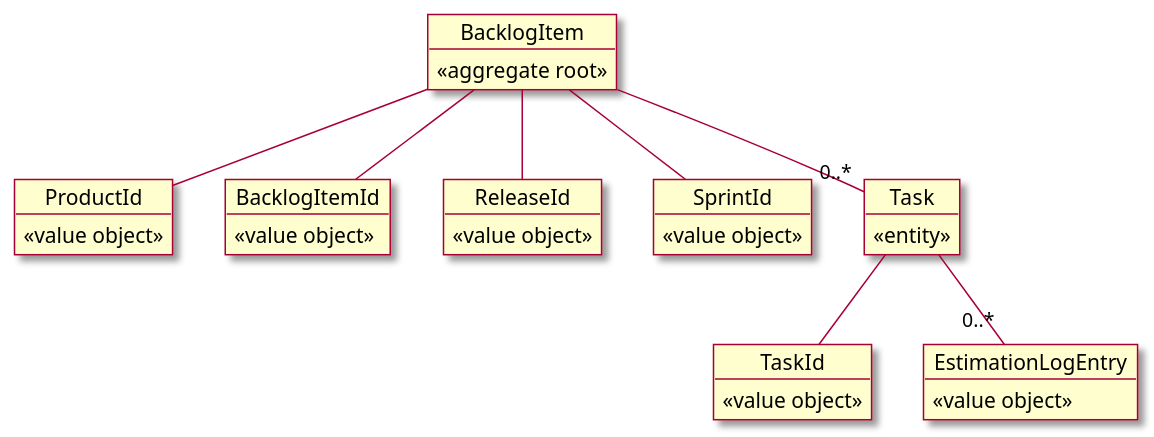
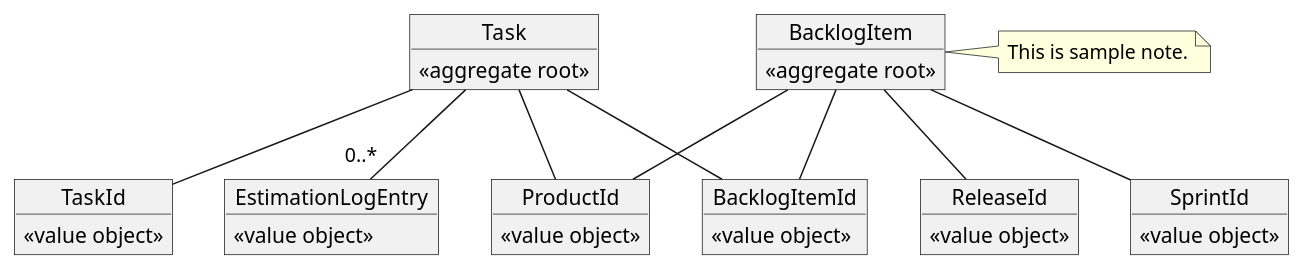
Before and after one commit to abekoh/commit-plantuml-action: the diagram in sample/backlog-item.puml, drawn with PlantUML. The commit also changed 1 other file, not shown here.

Commit message:
update backlog-item.puml and use-japanese.puml

```diff
--- a/sample/backlog-item.puml
+++ b/sample/backlog-item.puml
@@ -1,38 +1,41 @@
 @startuml
-skin rose
-
 object BacklogItem {
   <<aggregate root>>
 }
 object ProductId {
   <<value object>>
 }
 object BacklogItemId {
   <<value object>>
 }
 object ReleaseId {
   <<value object>>
 }
 object SprintId {
   <<value object>>
 }
 
 object Task {
-  <<entity>>
+  <<aggregate root>>
 }
 object TaskId {
   <<value object>>
 }
 object EstimationLogEntry {
   <<value object>>
 }
 
 BacklogItem -- BacklogItemId
 BacklogItem -- ProductId
 BacklogItem -- ReleaseId
 BacklogItem -- SprintId
-BacklogItem -- "0..*" Task
 
 Task -- TaskId
+Task -- ProductId
+Task -- BacklogItemId
 Task -- "0..*" EstimationLogEntry
+
+note right of BacklogItem {
+  This is sample note.
+}
 @enduml
```
